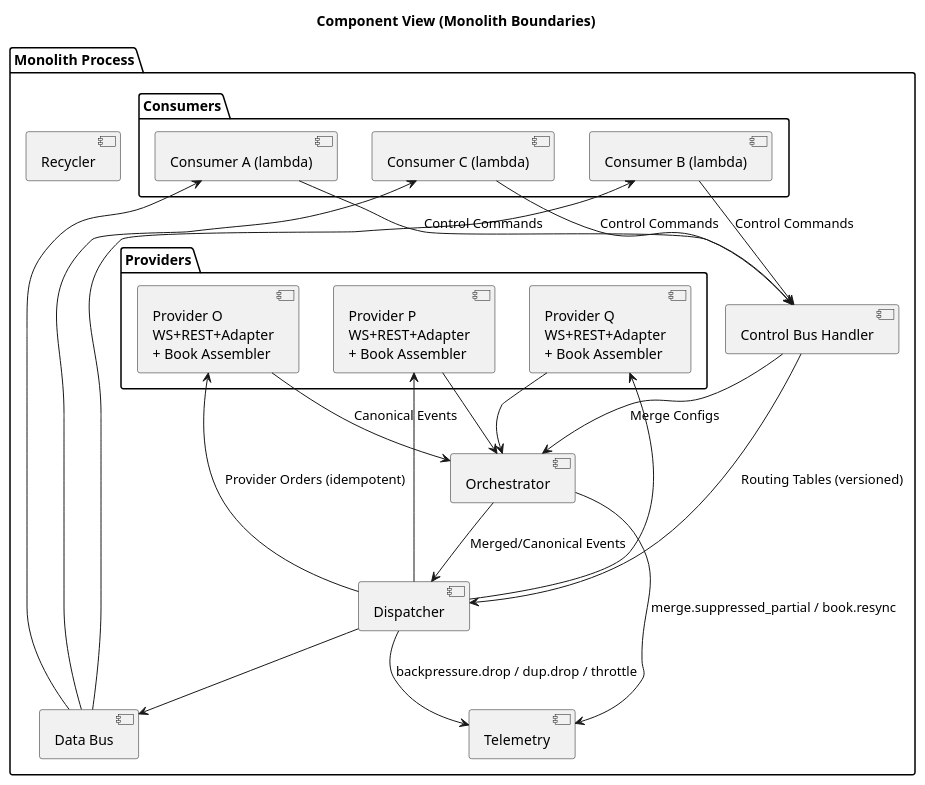
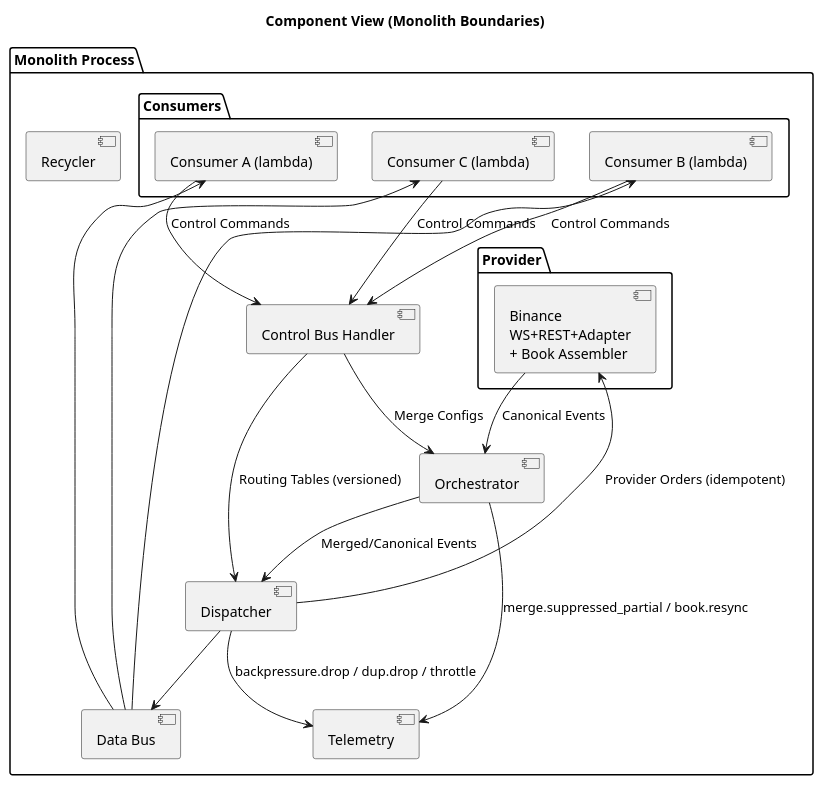
One commit to coachpo/meltica changed the diagram in docs/diagrams/component-view.puml. Above: the diagram before and after it, drawn with PlantUML. The commit also changed 16 other files, not shown here.

```diff
--- a/docs/diagrams/component-view.puml
+++ b/docs/diagrams/component-view.puml
@@ -1,46 +1,40 @@
 @startuml
 title Component View (Monolith Boundaries)
 
 package "Monolith Process" {
   [Control Bus Handler] as Ctrl
   [Orchestrator] as Orc
   [Dispatcher] as Disp
   [Data Bus] as DBus
   [Telemetry] as Tlm
   [Recycler] as Recycler
 
-  package "Providers" {
-    component "Provider O\nWS+REST+Adapter\n+ Book Assembler" as PO
-    component "Provider P\nWS+REST+Adapter\n+ Book Assembler" as PP
-    component "Provider Q\nWS+REST+Adapter\n+ Book Assembler" as PQ
+  package "Provider" {
+    component "Binance\nWS+REST+Adapter\n+ Book Assembler" as PO
   }
 
   package "Consumers" {
     component "Consumer A (lambda)" as CA
     component "Consumer B (lambda)" as CB
     component "Consumer C (lambda)" as CC
   }
 }
 
 PO --> Orc : Canonical Events
-PP --> Orc
-PQ --> Orc
 Orc --> Disp : Merged/Canonical Events
 Disp --> DBus
 DBus --> CA
 DBus --> CB
 DBus --> CC
 
 CA --> Ctrl : Control Commands
 CB --> Ctrl : Control Commands
 CC --> Ctrl : Control Commands
 Ctrl --> Orc : Merge Configs
 Ctrl --> Disp : Routing Tables (versioned)
 
 Disp --> PO : Provider Orders (idempotent)
-Disp --> PP
-Disp --> PQ
 
 Orc --> Tlm : merge.suppressed_partial / book.resync
 Disp --> Tlm : backpressure.drop / dup.drop / throttle
 @enduml
```
